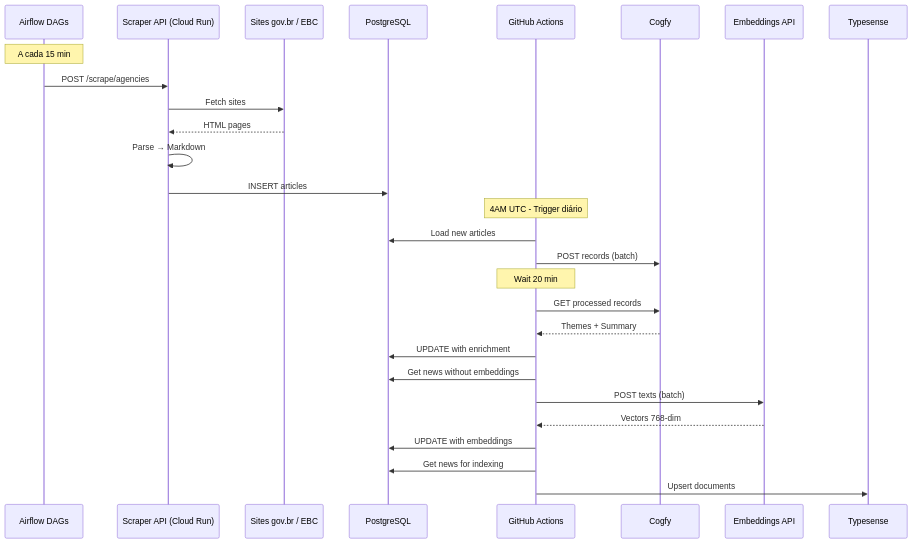
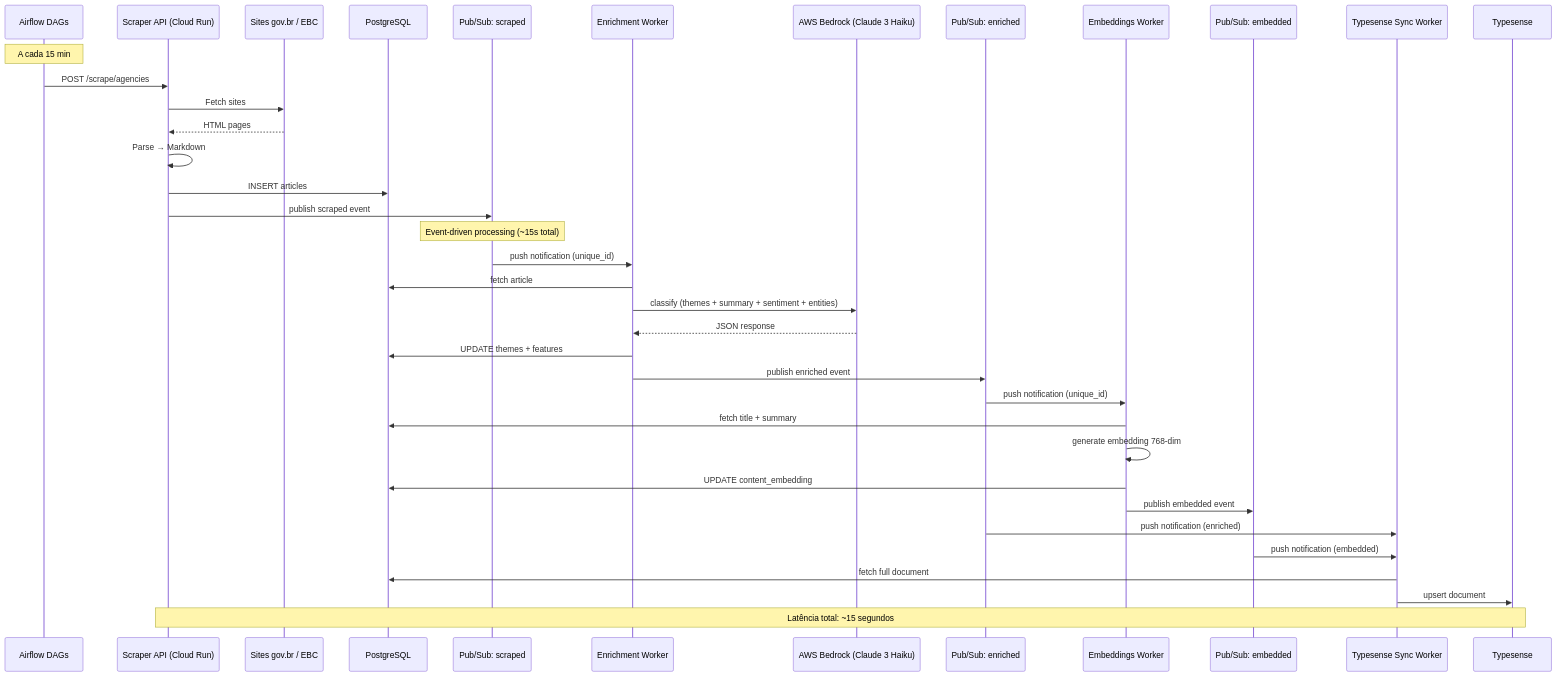
Before and after one commit to destaquesgovbr/docs: the second of 2 diagrams in docs/workflows/scraper-pipeline.md, drawn with Mermaid. The commit also changed other lines of this file and 3 other files, not shown here.

First line of the commit message:
docs: atualiza diagramas removendo Cogfy e refletindo arquitetura event-driven

````diff
--- a/docs/workflows/scraper-pipeline.md
+++ b/docs/workflows/scraper-pipeline.md
@@ -104,38 +107,46 @@
 ```mermaid
 sequenceDiagram
     participant AF as Airflow DAGs
     participant API as Scraper API (Cloud Run)
     participant GOV as Sites gov.br / EBC
     participant PG as PostgreSQL
-    participant GH as GitHub Actions
-    participant CF as Cogfy
-    participant EMB as Embeddings API
+    participant PS1 as Pub/Sub: scraped
+    participant EW as Enrichment Worker
+    participant Bedrock as AWS Bedrock (Claude 3 Haiku)
+    participant PS2 as Pub/Sub: enriched
+    participant EAPI as Embeddings Worker
+    participant PS3 as Pub/Sub: embedded
+    participant TSW as Typesense Sync Worker
     participant TS as Typesense
 
     Note over AF: A cada 15 min
 
     AF->>API: POST /scrape/agencies
     API->>GOV: Fetch sites
     GOV-->>API: HTML pages
     API->>API: Parse → Markdown
     API->>PG: INSERT articles
+    API->>PS1: publish scraped event
 
-    Note over GH: 4AM UTC - Trigger diário
+    Note over PS1: Event-driven processing (~15s total)
 
-    GH->>PG: Load new articles
-    GH->>CF: POST records (batch)
+    PS1->>EW: push notification (unique_id)
+    EW->>PG: fetch article
+    EW->>Bedrock: classify (themes + summary + sentiment + entities)
+    Bedrock-->>EW: JSON response
+    EW->>PG: UPDATE themes + features
+    EW->>PS2: publish enriched event
 
-    Note over GH: Wait 20 min
+    PS2->>EAPI: push notification (unique_id)
+    EAPI->>PG: fetch title + summary
+    EAPI->>EAPI: generate embedding 768-dim
+    EAPI->>PG: UPDATE content_embedding
+    EAPI->>PS3: publish embedded event
 
-    GH->>CF: GET processed records
-    CF-->>GH: Themes + Summary
-    GH->>PG: UPDATE with enrichment
+    PS2->>TSW: push notification (enriched)
+    PS3->>TSW: push notification (embedded)
+    TSW->>PG: fetch full document
+    TSW->>TS: upsert document
 
-    GH->>PG: Get news without embeddings
-    GH->>EMB: POST texts (batch)
-    EMB-->>GH: Vectors 768-dim
-    GH->>PG: UPDATE with embeddings
-
-    GH->>PG: Get news for indexing
-    GH->>TS: Upsert documents
+    Note over API,TS: Latência total: ~15 segundos
 ```
````
